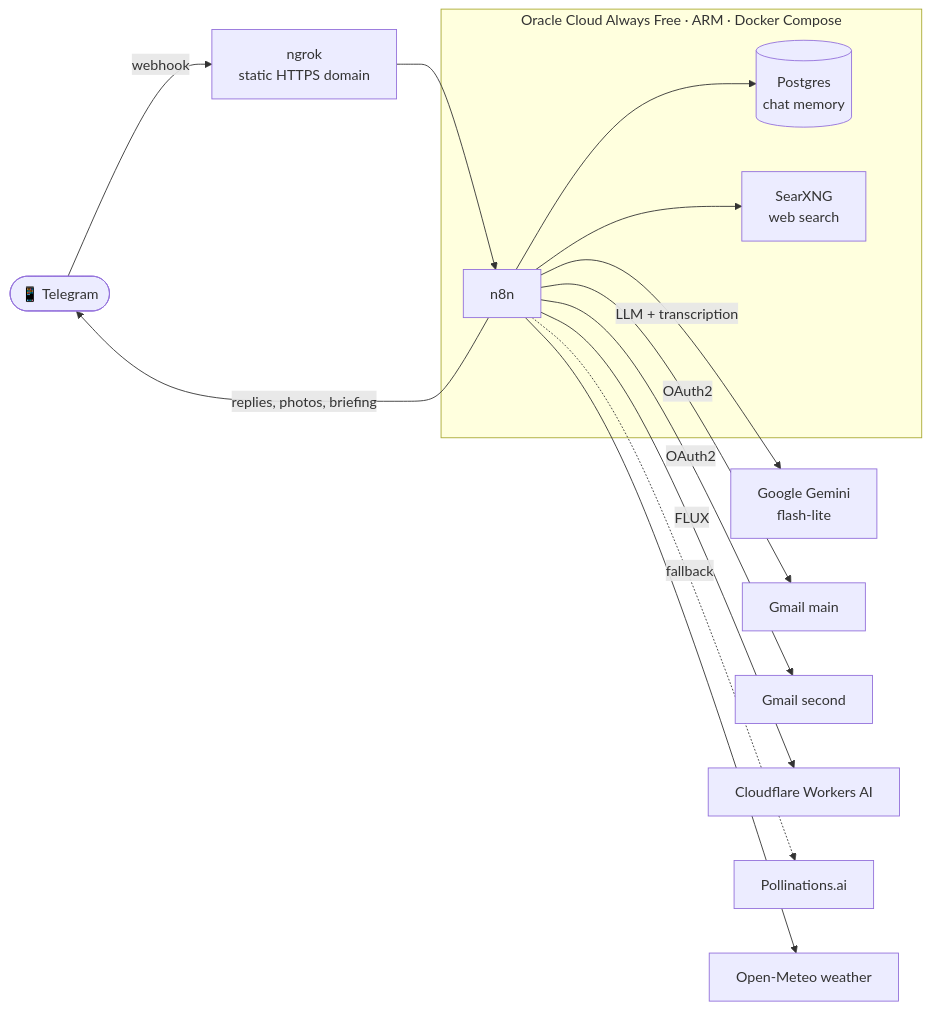
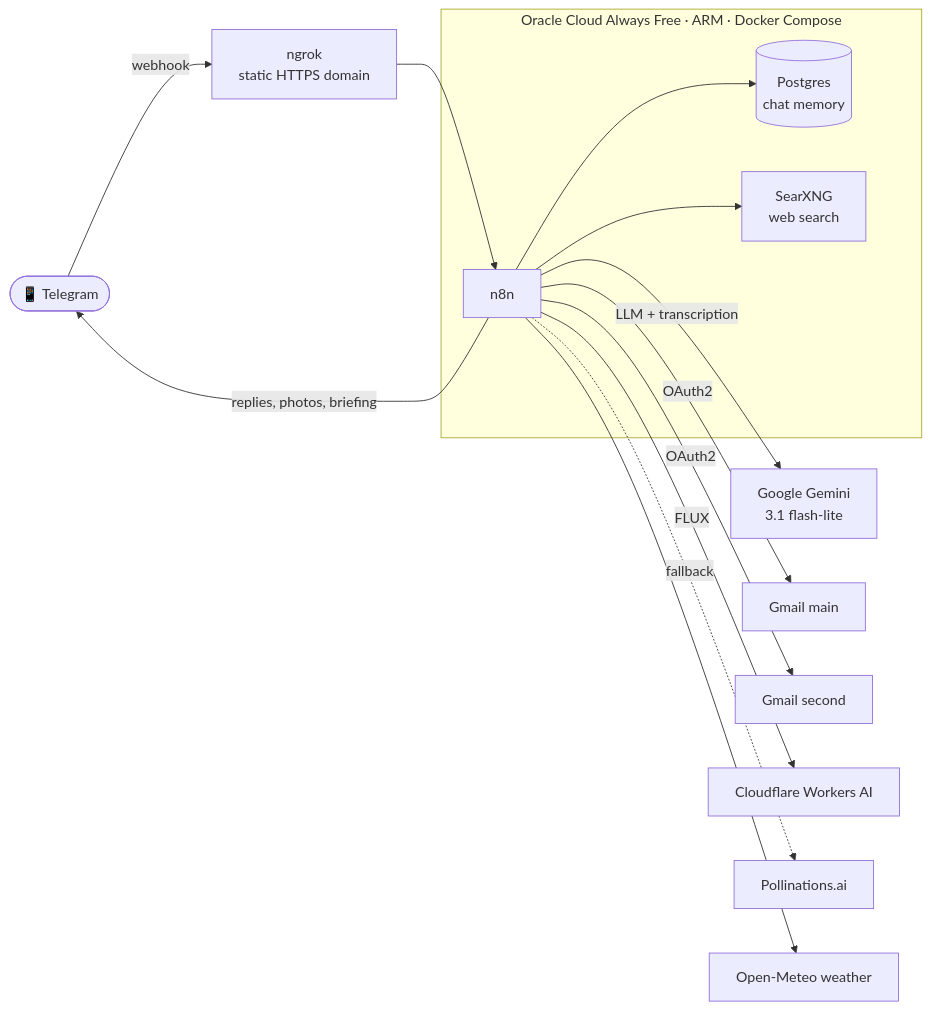
One commit to muttumanjunath/n8n-personal-ai-assistant changed the first of 2 diagrams in README.md. Above: the diagram before and after it, drawn with Mermaid. The commit also changed other lines of this file and 2 other files, not shown here.

First line of the commit message:
Fix Gemini 400 with memory trimming; switch to gemini-3.1-flash-lite

````diff
--- a/README.md
+++ b/README.md
@@ -30,18 +30,18 @@
 ```mermaid
 flowchart LR
     U([📱 Telegram]) -->|webhook| NG[ngrok<br/>static HTTPS domain]
     NG --> N8N
 
     subgraph VM[Oracle Cloud Always Free · ARM · Docker Compose]
         N8N[n8n] --> PG[(Postgres<br/>chat memory)]
         N8N --> SX[SearXNG<br/>web search]
     end
 
-    N8N -->|LLM + transcription| GEM[Google Gemini<br/>flash-lite]
+    N8N -->|LLM + transcription| GEM[Google Gemini<br/>3.1 flash-lite]
     N8N -->|OAuth2| GM1[Gmail main]
     N8N -->|OAuth2| GM2[Gmail second]
     N8N -->|FLUX| CF[Cloudflare Workers AI]
     N8N -.->|fallback| PO[Pollinations.ai]
     N8N --> OM[Open-Meteo weather]
     N8N -->|replies, photos, briefing| U
 ```
````
